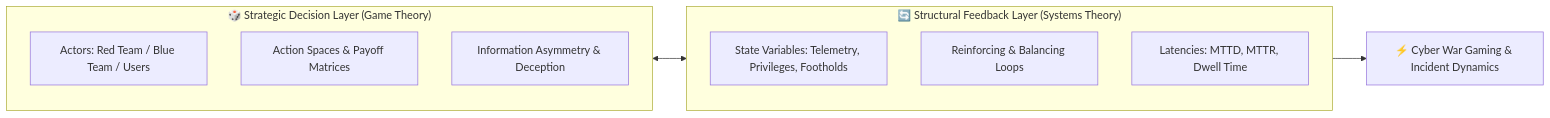
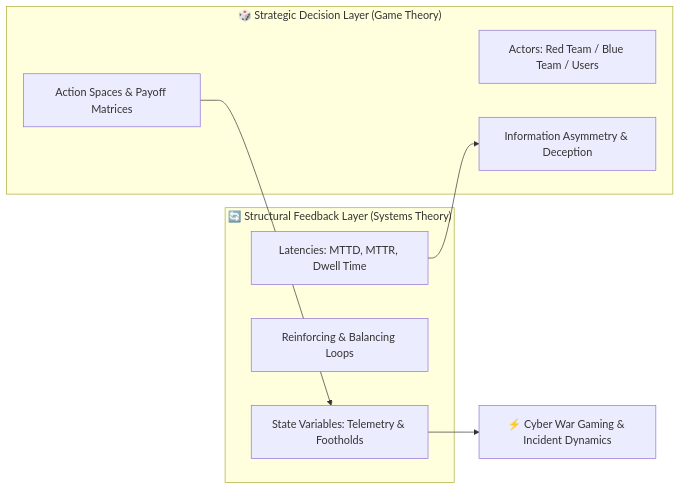
Before and after one commit to rpdev-cdn/iamrp.dev: the first of 4 diagrams in content/Articles/Games_and_Complexity.md, drawn with Mermaid. The commit also changed other lines of this file and 1 other file, not shown here.

Commit message:
fix(math): enable @quartz-community/latex transformer in quartz.config.yaml and fix Mermaid syntax across Games_and_Complexity

````diff
--- a/content/Articles/Games_and_Complexity.md
+++ b/content/Articles/Games_and_Complexity.md
@@ -30,17 +30,18 @@
 ```mermaid
-graph LR
-    subgraph Game_Theory["🎲 Strategic Decision Layer (Game Theory)"]
+flowchart LR
+    subgraph GT["🎲 Strategic Decision Layer (Game Theory)"]
         Players["Actors: Red Team / Blue Team / Users"]
         Strategies["Action Spaces & Payoff Matrices"]
         Information["Information Asymmetry & Deception"]
     end
 
-    subgraph Systems_Theory["🔄 Structural Feedback Layer (Systems Theory)"]
-        StateVars["State Variables: Telemetry, Privileges, Footholds"]
+    subgraph ST["🔄 Structural Feedback Layer (Systems Theory)"]
+        StateVars["State Variables: Telemetry & Footholds"]
         FeedbackLoops["Reinforcing & Balancing Loops"]
         TimeDelays["Latencies: MTTD, MTTR, Dwell Time"]
     end
 
-    Game_Theory <--> Systems_Theory
-    Systems_Theory --> OperationalReality["⚡ Cyber War Gaming & Incident Dynamics"]
+    Strategies --> StateVars
+    TimeDelays --> Information
+    StateVars --> OperationalReality["⚡ Cyber War Gaming & Incident Dynamics"]
 ```
````
